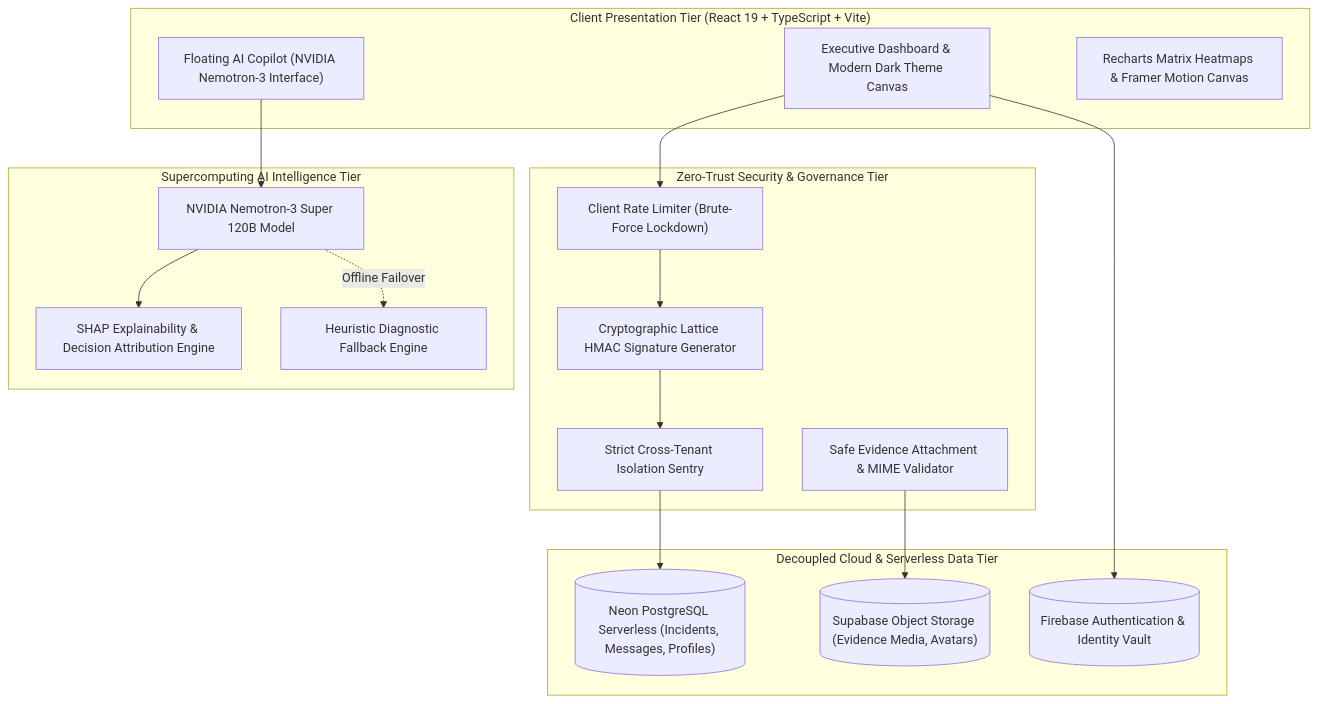
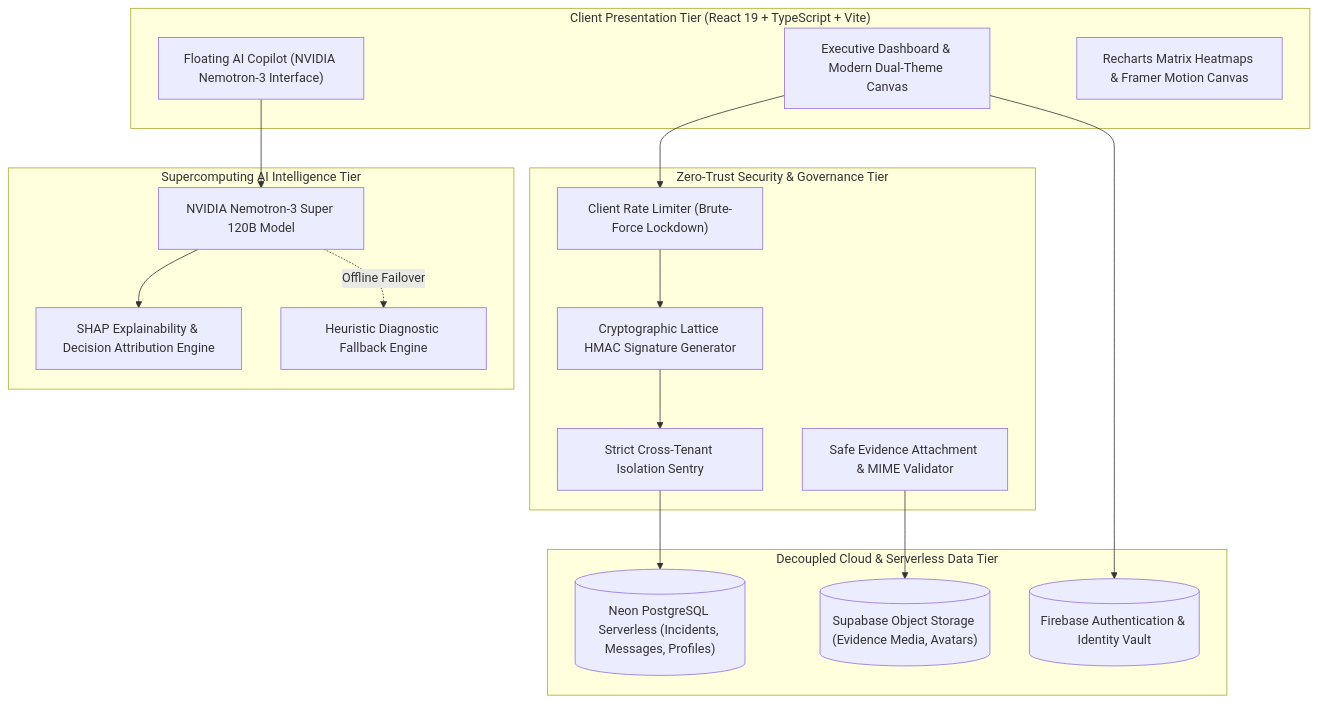
One commit to Sofiya-jahan/ORBIS changed the diagram in README.md. Above: the diagram before and after it, drawn with Mermaid. The commit also changed other lines of this file, not shown here.

````diff
--- a/README.md
+++ b/README.md
@@ -96,34 +146,34 @@
 ```mermaid
 flowchart TB
     subgraph Client ["Client Presentation Tier (React 19 + TypeScript + Vite)"]
-        UI["Executive Dashboard & Modern Dark Theme Canvas"]
+        UI["Executive Dashboard & Modern Dual-Theme Canvas"]
         CopilotUI["Floating AI Copilot (NVIDIA Nemotron-3 Interface)"]
         Visuals["Recharts Matrix Heatmaps & Framer Motion Canvas"]
     end
 
     subgraph Security ["Zero-Trust Security & Governance Tier"]
         AuthSentry["Client Rate Limiter (Brute-Force Lockdown)"]
         CryptoSession["Cryptographic Lattice HMAC Signature Generator"]
         TenantGuard["Strict Cross-Tenant Isolation Sentry"]
         FileSieve["Safe Evidence Attachment & MIME Validator"]
     end
 
     subgraph AI ["Supercomputing AI Intelligence Tier"]
         Nemotron["NVIDIA Nemotron-3 Super 120B Model"]
         XAI["SHAP Explainability & Decision Attribution Engine"]
         LocalCache["Heuristic Diagnostic Fallback Engine"]
     end
 
     subgraph Persistence ["Decoupled Cloud & Serverless Data Tier"]
         NeonDB[("Neon PostgreSQL Serverless (Incidents, Messages, Profiles)")]
         Supabase[("Supabase Object Storage (Evidence Media, Avatars)")]
         Firebase[("Firebase Authentication & Identity Vault")]
     end
 
     UI --> AuthSentry --> CryptoSession --> TenantGuard
     TenantGuard --> NeonDB
     FileSieve --> Supabase
     CopilotUI --> Nemotron --> XAI
     Nemotron -.->|Offline Failover| LocalCache
     UI --> Firebase
 ```
````
